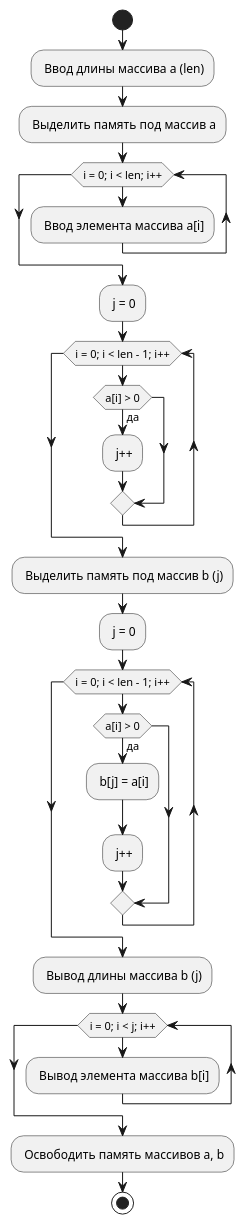
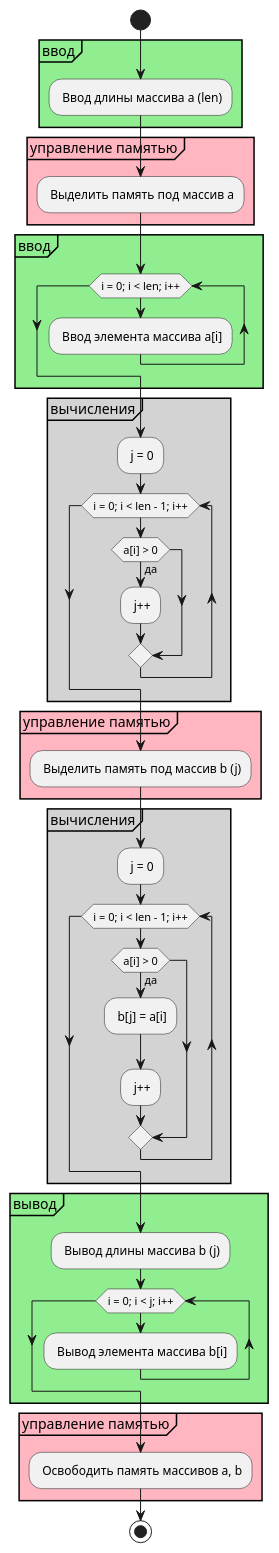
The diagram in uml/05-example4.puml (ermakov0/ivt-cpp), drawn with PlantUML before and after one commit. The commit also changed 25 other files, not shown here.

```diff
--- a/uml/05-example4.puml
+++ b/uml/05-example4.puml
@@ -1,30 +1,46 @@
 @startuml 05-example4
 start
-- Ввод длины массива a (len)
-- Выделить память под массив a
-while (i = 0; i < len; i++)
-    - Ввод элемента массива a[i]
-endwhile
-- j = 0
-while (i = 0; i < len - 1; i++)
-    if (a[i] > 0) then
-    else (да)
-    - j++
-    endif
-endwhile
-- Выделить память под массив b (j)
-- j = 0
-while (i = 0; i < len - 1; i++)
-    if (a[i] > 0) then
-    else (да)
-    - b[j] = a[i]
-    - j++
-    endif
-endwhile
-- Вывод длины массива b (j)
-while (i = 0; i < j; i++)
-    - Вывод элемента массива b[i]
-endwhile
-- Освободить память массивов a, b
+partition #lightGreen "ввод" {
+    - Ввод длины массива a (len)
+}
+partition #lightPink "управление памятью" {
+    - Выделить память под массив a
+}
+partition #lightGreen "ввод" {
+    while (i = 0; i < len; i++)
+        - Ввод элемента массива a[i]
+    endwhile
+}
+partition #lightGray "вычисления" {
+    - j = 0
+    while (i = 0; i < len - 1; i++)
+        if (a[i] > 0) then
+        else (да)
+        - j++
+        endif
+    endwhile
+}
+partition #lightPink "управление памятью" {
+    - Выделить память под массив b (j)
+}
+partition #lightGray "вычисления" {
+    - j = 0
+    while (i = 0; i < len - 1; i++)
+        if (a[i] > 0) then
+        else (да)
+        - b[j] = a[i]
+        - j++
+        endif
+    endwhile
+}
+partition #lightGreen "вывод" {
+    - Вывод длины массива b (j)
+    while (i = 0; i < j; i++)
+        - Вывод элемента массива b[i]
+    endwhile
+}
+partition #lightPink "управление памятью" {
+    - Освободить память массивов a, b
+}
 stop
 @enduml
```
